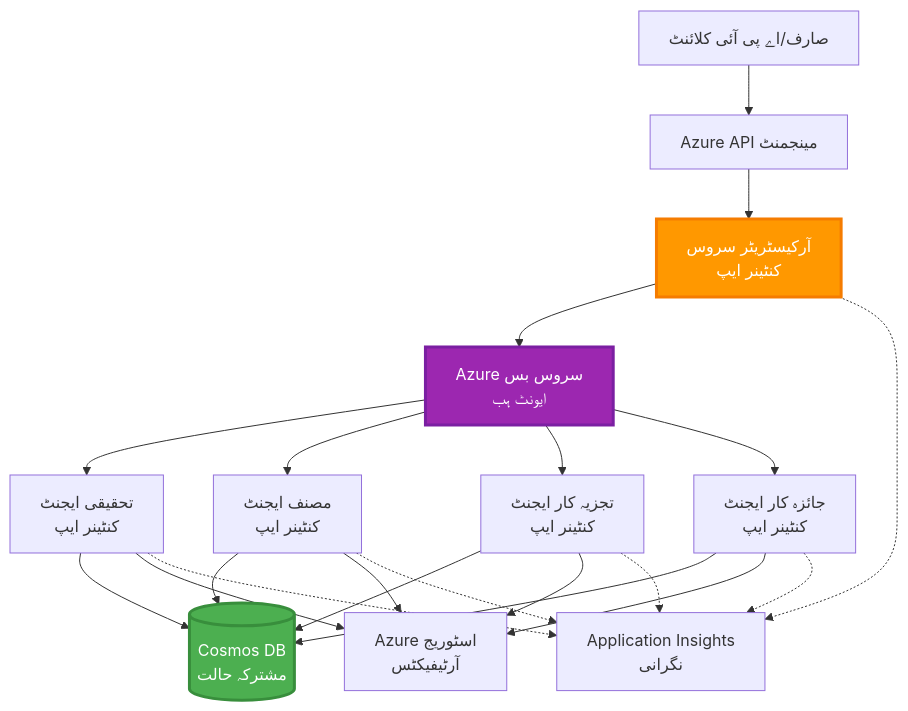
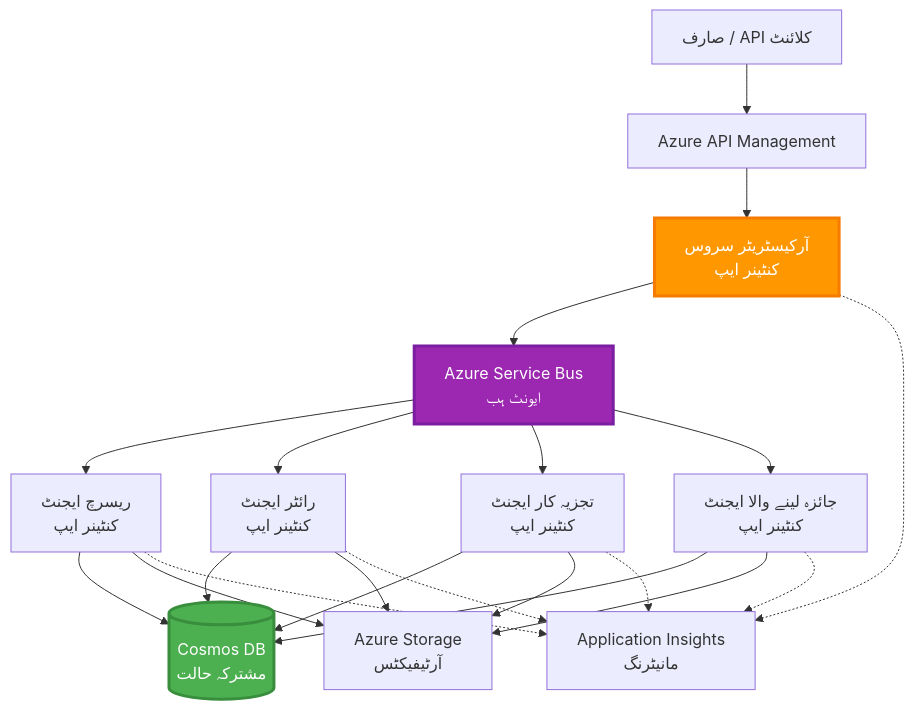
The sixth of 6 diagrams in translations/ur/docs/chapter-06-pre-deployment/coordination-patterns.md (microsoft/AZD-for-beginners), drawn with Mermaid before and after one commit. The commit also changed other lines of this file and 101 other files, not shown here.

````diff
--- a/translations/ur/docs/chapter-06-pre-deployment/coordination-patterns.md
+++ b/translations/ur/docs/chapter-06-pre-deployment/coordination-patterns.md
@@ -273,45 +265,45 @@
 ```mermaid
 graph TB
-    User[صارف/اے پی آئی کلائنٹ]
-    APIM[Azure API مینجمنٹ]
+    User[صارف / API کلائنٹ]
+    APIM[Azure API Management]
     Orchestrator[آرکیسٹریٹر سروس<br/>کنٹینر ایپ]
-    ServiceBus[Azure سروس بس<br/>ایونٹ ہب]
+    ServiceBus[Azure Service Bus<br/>ایونٹ ہب]
     
-    Agent1[تحقیقی ایجنٹ<br/>کنٹینر ایپ]
-    Agent2[مصنف ایجنٹ<br/>کنٹینر ایپ]
+    Agent1[ریسرچ ایجنٹ<br/>کنٹینر ایپ]
+    Agent2[رائٹر ایجنٹ<br/>کنٹینر ایپ]
     Agent3[تجزیہ کار ایجنٹ<br/>کنٹینر ایپ]
-    Agent4[جائزہ کار ایجنٹ<br/>کنٹینر ایپ]
+    Agent4[جائزہ لینے والا ایجنٹ<br/>کنٹینر ایپ]
     
     CosmosDB[(Cosmos DB<br/>مشترکہ حالت)]
-    Storage[Azure اسٹوریج<br/>آرٹیفیکٹس]
-    AppInsights[Application Insights<br/>نگرانی]
+    Storage[Azure Storage<br/>آرٹیفیکٹس]
+    AppInsights[Application Insights<br/>مانیٹرنگ]
     
     User --> APIM
     APIM --> Orchestrator
     
     Orchestrator --> ServiceBus
     ServiceBus --> Agent1
     ServiceBus --> Agent2
     ServiceBus --> Agent3
     ServiceBus --> Agent4
     
     Agent1 --> CosmosDB
     Agent2 --> CosmosDB
     Agent3 --> CosmosDB
     Agent4 --> CosmosDB
     
     Agent1 --> Storage
     Agent2 --> Storage
     Agent3 --> Storage
     Agent4 --> Storage
     
     Orchestrator -.-> AppInsights
     Agent1 -.-> AppInsights
     Agent2 -.-> AppInsights
     Agent3 -.-> AppInsights
     Agent4 -.-> AppInsights
     
     style Orchestrator fill:#FF9800,stroke:#F57C00,stroke-width:3px,color:#fff
     style ServiceBus fill:#9C27B0,stroke:#7B1FA2,stroke-width:3px,color:#fff
     style CosmosDB fill:#4CAF50,stroke:#388E3C,stroke-width:3px,color:#fff
 ```
````
